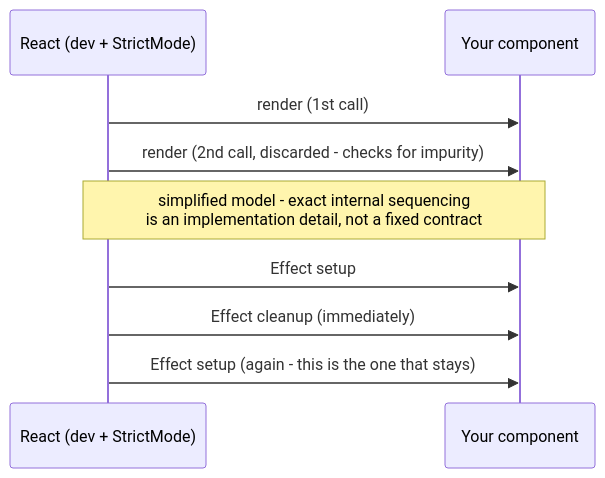
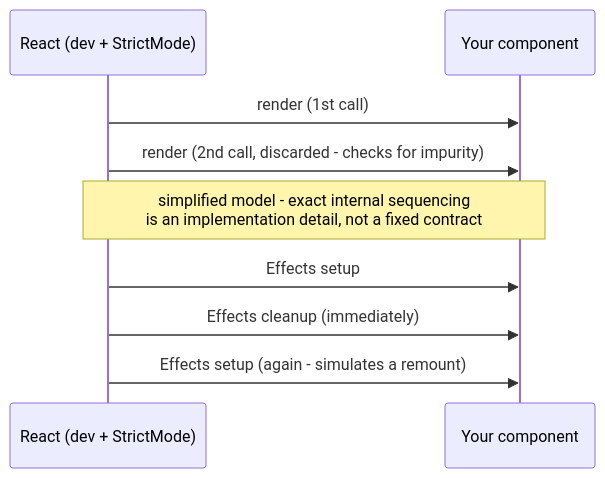
Before and after one commit to tushardongre1990/Claude-React: the fifth of 5 diagrams in notes/01-foundations/README.md, drawn with Mermaid. The commit also changed other lines of this file and 1 other file, not shown here.

Commit message:
fix ch.01 diagrams: correct jsxs transform output, Vite-as-compiler, trigger and index-key labels

````diff
--- a/notes/01-foundations/README.md
+++ b/notes/01-foundations/README.md
@@ -1069,11 +1128,11 @@
 ```mermaid
 sequenceDiagram
     participant R as React (dev + StrictMode)
     participant C as Your component
     R->>C: render (1st call)
     R->>C: render (2nd call, discarded - checks for impurity)
     Note over R,C: simplified model - exact internal sequencing<br/>is an implementation detail, not a fixed contract
-    R->>C: Effect setup
-    R->>C: Effect cleanup (immediately)
-    R->>C: Effect setup (again - this is the one that stays)
+    R->>C: Effects setup
+    R->>C: Effects cleanup (immediately)
+    R->>C: Effects setup (again - simulates a remount)
 ```
````
